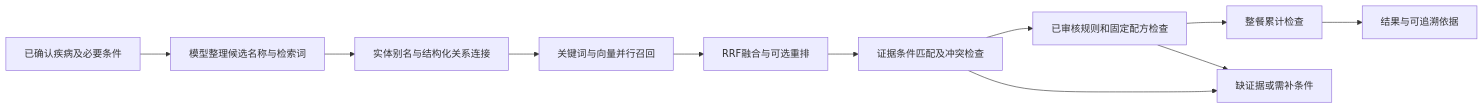
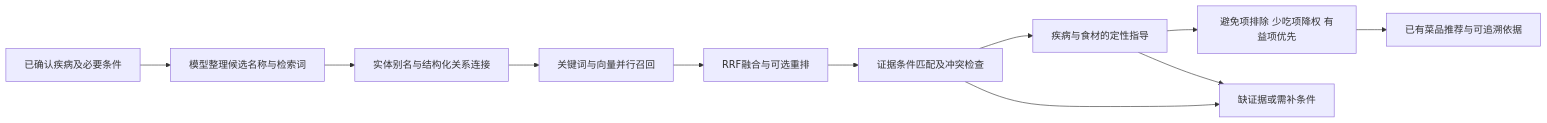
The diagram in docs/technical/health-rag-plan.md (pxifer/CookDemo), drawn with Mermaid before and after one commit. The commit also changed other lines of this file and 16 other files, not shown here.

````diff
--- a/docs/technical/health-rag-plan.md
+++ b/docs/technical/health-rag-plan.md
@@ -13,13 +19,13 @@
 ```mermaid
 flowchart LR
   A[已确认疾病及必要条件] --> B[模型整理候选名称与检索词]
   B --> C[实体别名与结构化关系连接]
   C --> D[关键词与向量并行召回]
   D --> E[RRF融合与可选重排]
   E --> F[证据条件匹配及冲突检查]
-  F --> G[已审核规则和固定配方检查]
-  G --> H[整餐累计检查]
-  H --> I[结果与可追溯依据]
+  F --> G[疾病与食材的定性指导]
+  G --> H[避免项排除 少吃项降权 有益项优先]
+  H --> I[已有菜品推荐与可追溯依据]
   F --> J[缺证据或需补条件]
   G --> J
 ```
````
